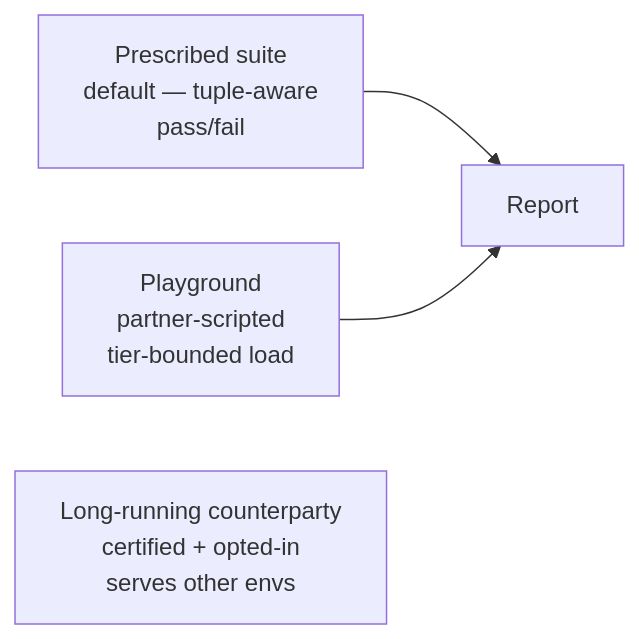
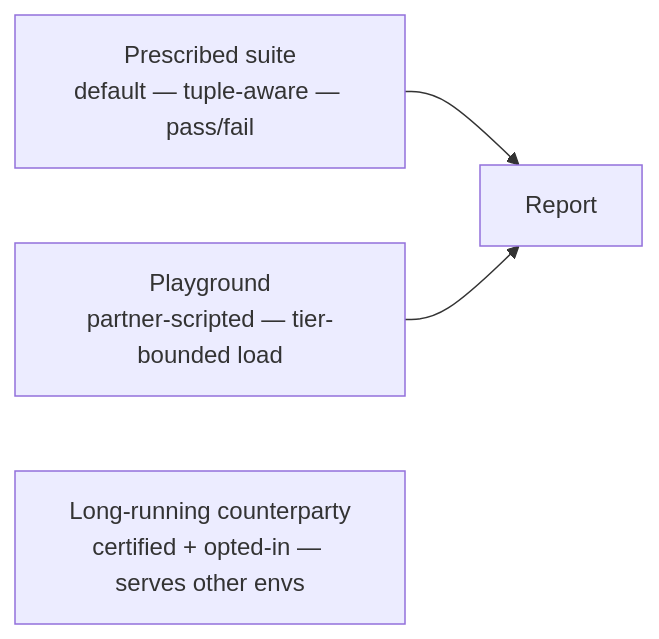
The tenth of 12 diagrams in architecture/v0.2.md (kemit-ee/efti-testbed), drawn with Mermaid before and after one commit. The commit also changed other lines of this file, not shown here.

Commit message:
v0.2 §5 + §10: defensive Mermaid rewrites for GitHub renderer
§5 (stateDiagram-v2): replaced '>' in transition labels (no activity >
timeout, idle > stop_timeout) with words — '>' confuses the
state-diagram parser since it overlaps the arrow token family.

§10 (graph LR → flowchart LR): pre-declared all nodes (instead of
defining R inline on the edge), switched <br/> to <br>, em-dash
separators. The orphan 'C' node (long-running counterparty mode is
implicit) is preserved as an unconnected node — Mermaid renders that
correctly when nothing else trips the parser.

````diff
--- a/architecture/v0.2.md
+++ b/architecture/v0.2.md
@@ -256,8 +256,9 @@
 ```mermaid
-graph LR
-    S[Prescribed suite<br/>default — tuple-aware<br/>pass/fail]
-    P[Playground<br/>partner-scripted<br/>tier-bounded load]
-    C[Long-running counterparty<br/>certified + opted-in<br/>serves other envs]
-    S --> R[Report]
+flowchart LR
+    S[Prescribed suite<br>default — tuple-aware — pass/fail]
+    P[Playground<br>partner-scripted — tier-bounded load]
+    C[Long-running counterparty<br>certified + opted-in — serves other envs]
+    R[Report]
+    S --> R
     P --> R
 ```
````
